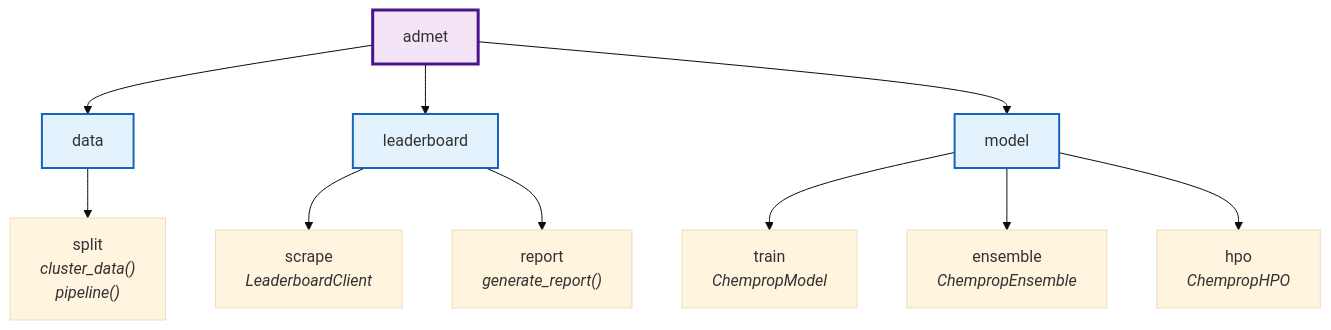
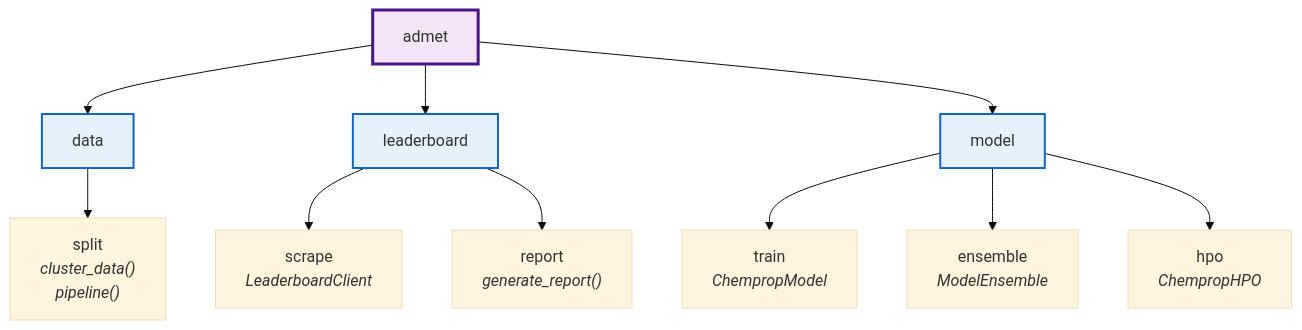
One commit to alec-glisman/OpenADMET-ExpansionRx-Blind-Challenge changed the first of 8 diagrams in README.md. Above: the diagram before and after it, drawn with Mermaid (base theme). The commit also changed 179 other files, not shown here.

````diff
--- a/README.md
+++ b/README.md
@@ -57,20 +57,20 @@
 ```mermaid
 flowchart TB
     Root["admet"] --> Data["data"]
     Root --> LB["leaderboard"]
     Root --> Model["model"]
 
     Data --> Split["split<br/><i>cluster_data()</i><br/><i>pipeline()</i>"]
 
     LB --> Scrape["scrape<br/><i>LeaderboardClient</i>"]
     LB --> Report["report<br/><i>generate_report()</i>"]
 
     Model --> Train["train<br/><i>ChempropModel</i>"]
-    Model --> Ens["ensemble<br/><i>ChempropEnsemble</i>"]
+    Model --> Ens["ensemble<br/><i>ModelEnsemble</i>"]
     Model --> HPO["hpo<br/><i>ChempropHPO</i>"]
 
     style Root fill:#f3e5f5,stroke:#4a148c,stroke-width:3px
     style Data fill:#e3f2fd,stroke:#1565c0,stroke-width:2px
     style LB fill:#e3f2fd,stroke:#1565c0,stroke-width:2px
     style Model fill:#e3f2fd,stroke:#1565c0,stroke-width:2px
 ```
````
